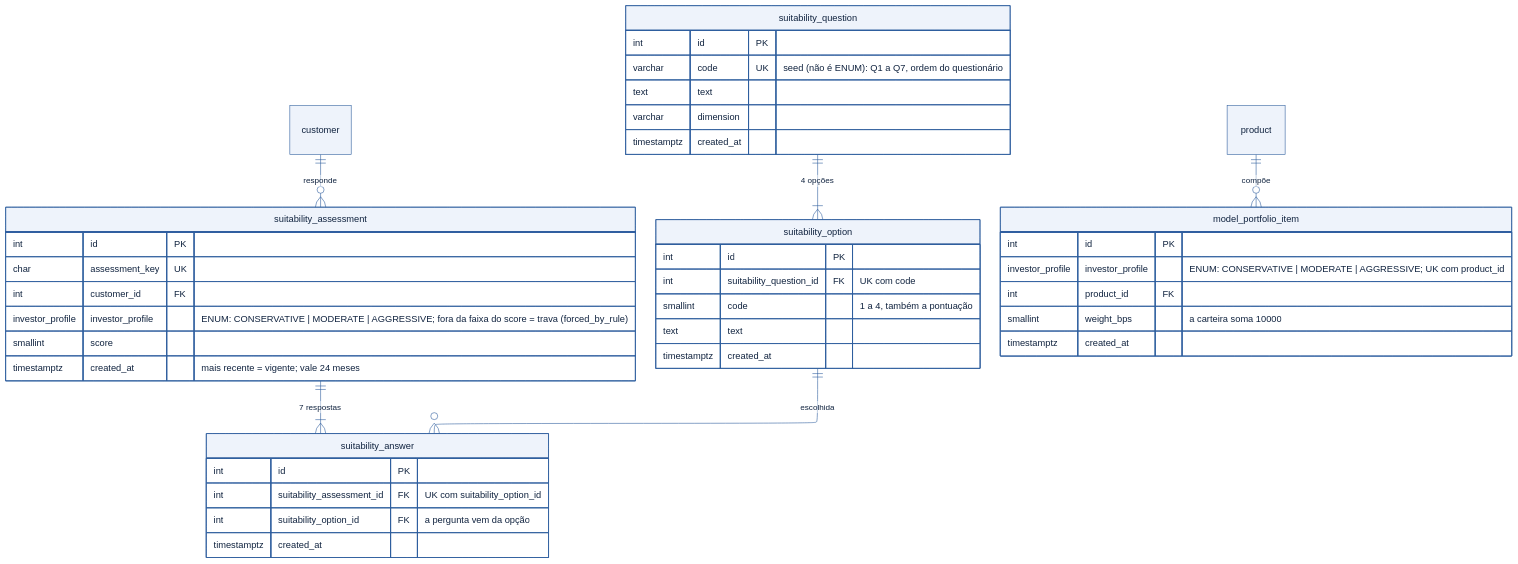
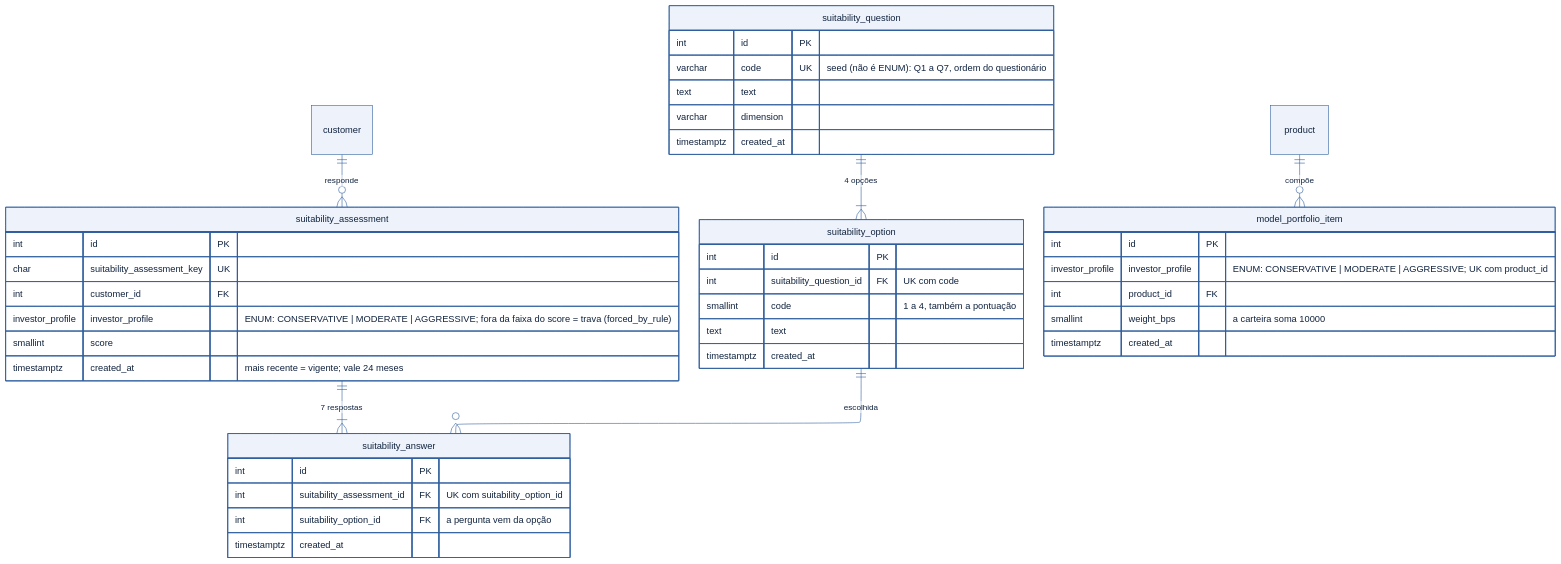
The diagram in docs/diagramas/er-perfil-e-carteira.mmd (heluylucas/bootcamp-qi-tech-presidas-), drawn with Mermaid before and after one commit. The commit also changed 17 other files, not shown here.

```diff
--- a/docs/diagramas/er-perfil-e-carteira.mmd
+++ b/docs/diagramas/er-perfil-e-carteira.mmd
@@ -1,60 +1,61 @@
 ---
 config:
+  look: classic
   theme: base
   themeVariables:
     primaryColor: "#eef3fb"
     primaryBorderColor: "#2f5f9e"
     primaryTextColor: "#10233f"
     lineColor: "#2f5f9e"
     secondaryColor: "#f7f9fd"
     tertiaryColor: "#ffffff"
     noteBkgColor: "#f7f9fd"
     noteBorderColor: "#2f5f9e"
     noteTextColor: "#10233f"
   layout: elk
   elk:
     mergeEdges: false
     nodePlacementStrategy: NETWORK_SIMPLEX
 ---
 erDiagram
     customer ||--o{ suitability_assessment : "responde"
     suitability_assessment ||--|{ suitability_answer : "7 respostas"
     suitability_question ||--|{ suitability_option : "4 opções"
     suitability_option ||--o{ suitability_answer : "escolhida"
     product ||--o{ model_portfolio_item : "compõe"
 
     suitability_question {
         int id PK
         varchar code UK "seed (não é ENUM): Q1 a Q7, ordem do questionário"
         text text
         varchar dimension
         timestamptz created_at
     }
     suitability_option {
         int id PK
         int suitability_question_id FK "UK com code"
         smallint code "1 a 4, também a pontuação"
         text text
         timestamptz created_at
     }
     suitability_assessment {
         int id PK
-        char assessment_key UK
+        char suitability_assessment_key UK
         int customer_id FK
         investor_profile investor_profile "ENUM: CONSERVATIVE | MODERATE | AGGRESSIVE; fora da faixa do score = trava (forced_by_rule)"
         smallint score
         timestamptz created_at "mais recente = vigente; vale 24 meses"
     }
     suitability_answer {
         int id PK
         int suitability_assessment_id FK "UK com suitability_option_id"
         int suitability_option_id FK "a pergunta vem da opção"
         timestamptz created_at
     }
     model_portfolio_item {
         int id PK
         investor_profile investor_profile "ENUM: CONSERVATIVE | MODERATE | AGGRESSIVE; UK com product_id"
         int product_id FK
         smallint weight_bps "a carteira soma 10000"
         timestamptz created_at
     }
```
